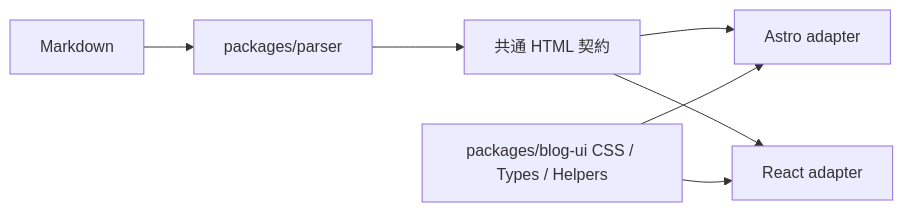
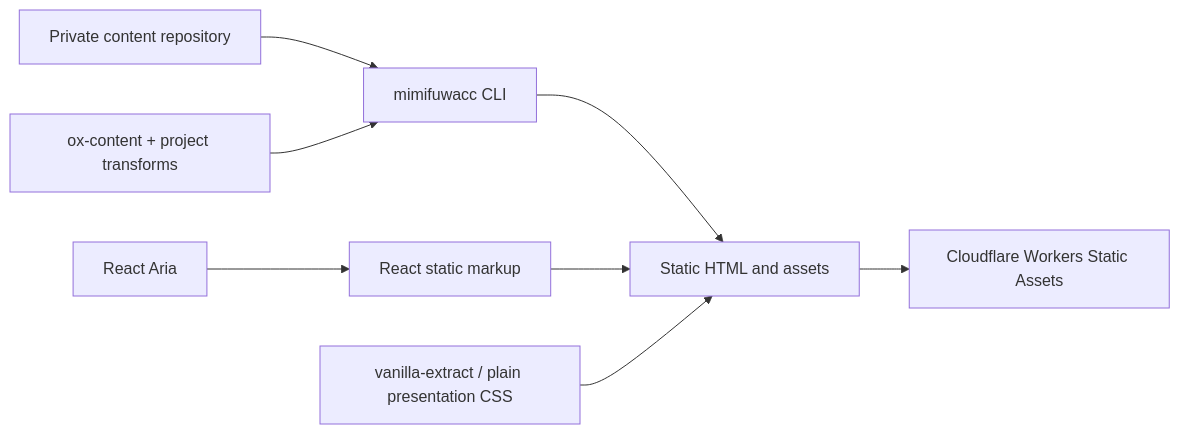
Before and after one commit to mimifuwacc/mimifuwa.cc: the diagram in docs/architecture/03-implementation-architecture.md, drawn with Mermaid. The commit also changed other lines of this file and 72 other files, not shown here.

````diff
--- a/docs/architecture/03-implementation-architecture.md
+++ b/docs/architecture/03-implementation-architecture.md
@@ -67,9 +9,10 @@
 ```mermaid
 flowchart LR
-  Markdown --> Parser[packages/parser]
-  Parser --> Contract[共通 HTML 契約]
-  Contract --> Astro[Astro adapter]
-  Contract --> React[React adapter]
-  BlogUI[packages/blog-ui CSS / Types / Helpers] --> Astro
-  BlogUI --> React
+  Content[Private content repository] --> CLI[mimifuwacc CLI]
+  Parser[ox-content + project transforms] --> CLI
+  CLI --> HTML[Static HTML and assets]
+  HTML --> Workers[Cloudflare Workers Static Assets]
+  React[React static markup] --> HTML
+  Aria[React Aria] --> React
+  CSS[vanilla-extract / plain presentation CSS] --> HTML
 ```
````
